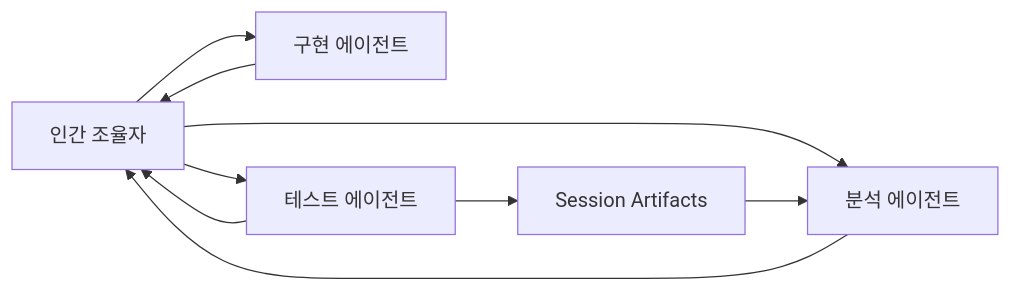
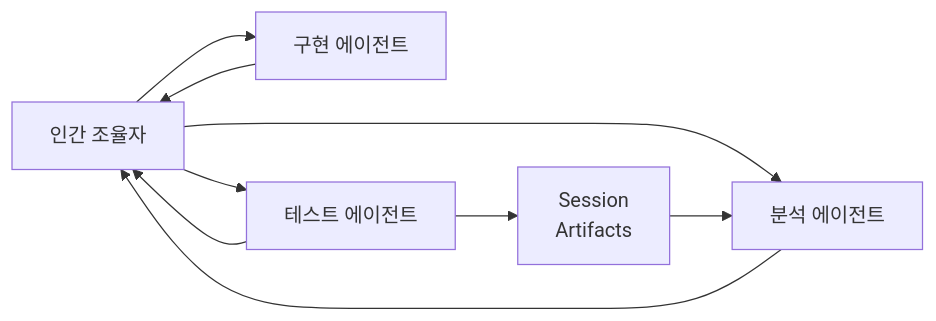
Before and after one commit to jidon333/STS2_Mod_AI_Companion: the sixth of 6 diagrams in docs/contracts/RUNNER_SUPERVISOR_AGENT_ARCHITECTURE.md, drawn with Mermaid. The commit also changed other lines of this file and 4 other files, not shown here.

Commit message:
Improve Mermaid readability in harness docs

````diff
--- a/docs/contracts/RUNNER_SUPERVISOR_AGENT_ARCHITECTURE.md
+++ b/docs/contracts/RUNNER_SUPERVISOR_AGENT_ARCHITECTURE.md
@@ -882,18 +882,18 @@
 ```mermaid
 flowchart LR
     HC["인간 조율자"]
     AA["분석 에이전트"]
     IA["구현 에이전트"]
     TA["테스트 에이전트"]
-    ART["Session Artifacts"]
+    ART["Session<br/>Artifacts"]
 
     HC --> AA
     AA --> HC
     HC --> IA
     IA --> HC
     HC --> TA
     TA --> HC
 
     ART --> AA
     TA --> ART
 ```
````
